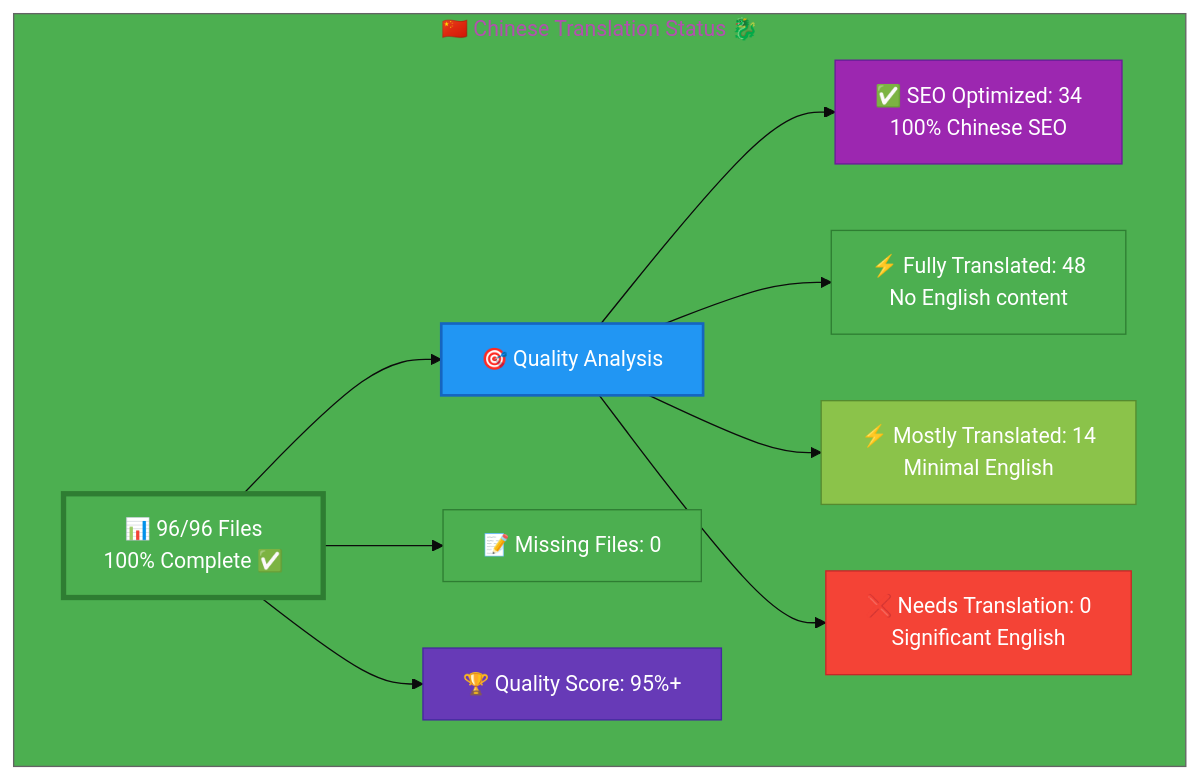
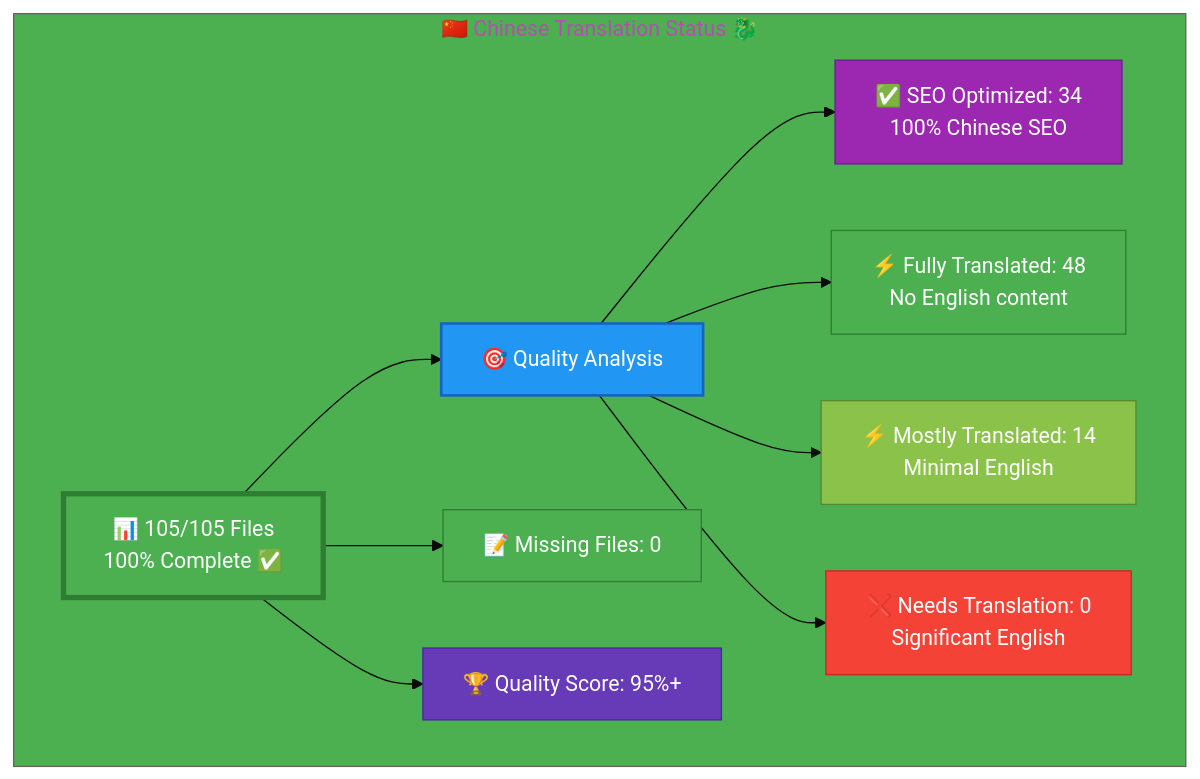
Before and after one commit to Hack23/homepage: the diagram in Chinese-Translation-Status.md, drawn with Mermaid. The commit also changed other lines of this file and 9 other files, not shown here.

````diff
--- a/Chinese-Translation-Status.md
+++ b/Chinese-Translation-Status.md
@@ -13,26 +13,26 @@
 ```mermaid
 %%{init: {'theme':'base', 'themeVariables': {'primaryColor':'#4CAF50','secondaryColor':'#2196F3','tertiaryColor':'#4CAF50','fontSize':'16px'}}}%%
 graph TB
     subgraph "🇨🇳 Chinese Translation Status 🐉"
-        A["📊 96/96 Files<br/>100% Complete ✅ "]
+        A["📊 105/105 Files<br/>100% Complete ✅ "]
         
         A --> B["🎯 Quality Analysis"]
         B --> C["✅ SEO Optimized: 34<br/>100% Chinese SEO"]
         B --> D["⚡ Fully Translated: 48<br/>No English content"]
         B --> E["⚡ Mostly Translated: 14<br/>Minimal English"]
         B --> F["❌ Needs Translation: 0<br/>Significant English"]
         
         A --> G["📝 Missing Files: 0"]
         
         A --> H["🏆 Quality Score: 95%+"]
         
         style A fill:#4CAF50,stroke:#2E7D32,color:#fff,stroke-width:4px
         style B fill:#2196F3,stroke:#1565C0,color:#fff,stroke-width:2px
         style C fill:#9C27B0,stroke:#6A1B9A,color:#fff
         style D fill:#4CAF50,stroke:#2E7D32,color:#fff
         style E fill:#8BC34A,stroke:#558B2F,color:#fff
         style F fill:#F44336,stroke:#C62828,color:#fff
         style G fill:#4CAF50,stroke:#2E7D32,color:#fff
         style H fill:#673AB7,stroke:#4527A0,color:#fff
     end
 ```
````
